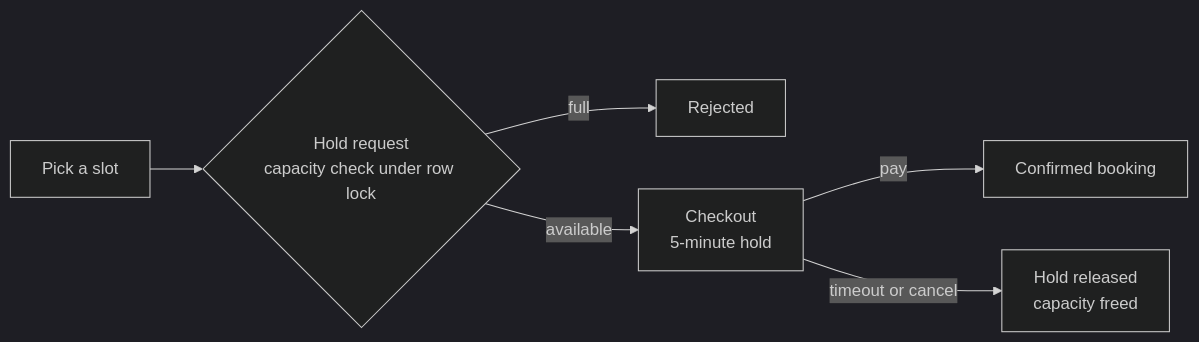
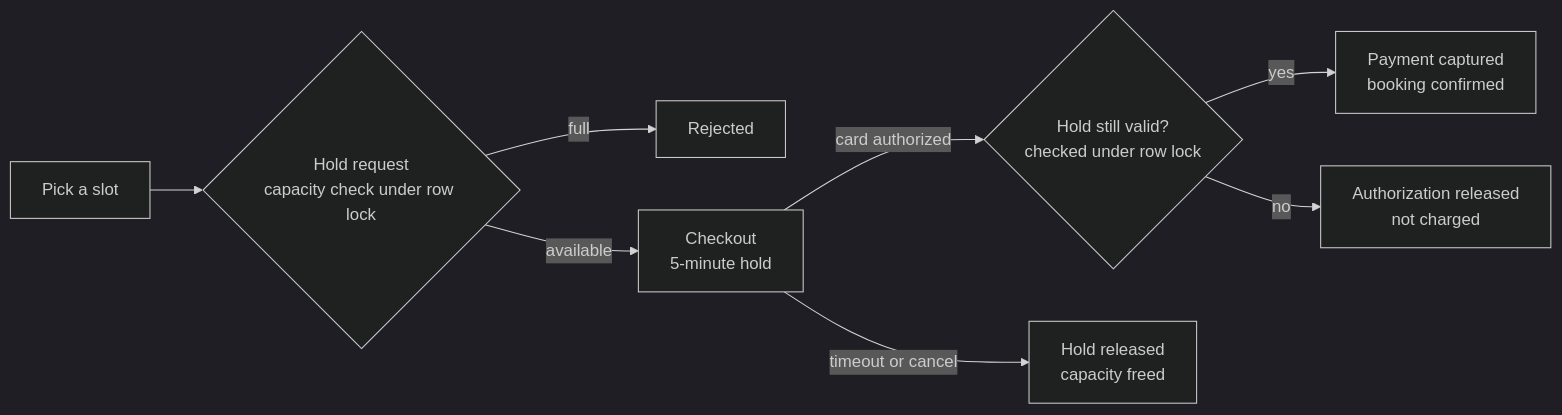
Before and after one commit to jaimearamburo/sports-finder-app: the diagram in README.md, drawn with Mermaid (dark theme). The commit also changed other lines of this file and 15 other files, not shown here.

````diff
--- a/README.md
+++ b/README.md
@@ -41,8 +42,10 @@
 ```mermaid
 flowchart LR
   A[Pick a slot] --> B{Hold request<br/>capacity check under row lock}
   B -- full --> R[Rejected]
   B -- available --> C[Checkout<br/>5-minute hold]
-  C -- pay --> D[Confirmed booking]
+  C -- card authorized --> V{Hold still valid?<br/>checked under row lock}
+  V -- yes --> D[Payment captured<br/>booking confirmed]
+  V -- no --> N[Authorization released<br/>not charged]
   C -- timeout or cancel --> E[Hold released<br/>capacity freed]
 ```
````
